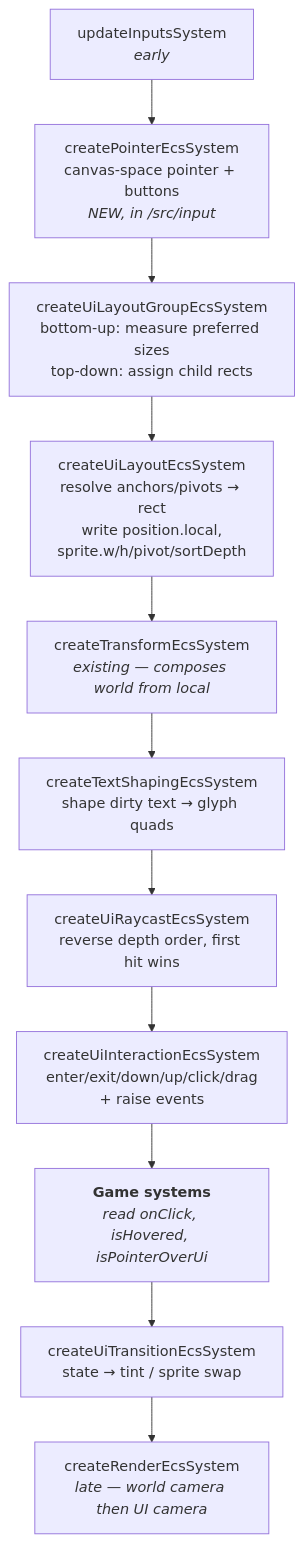
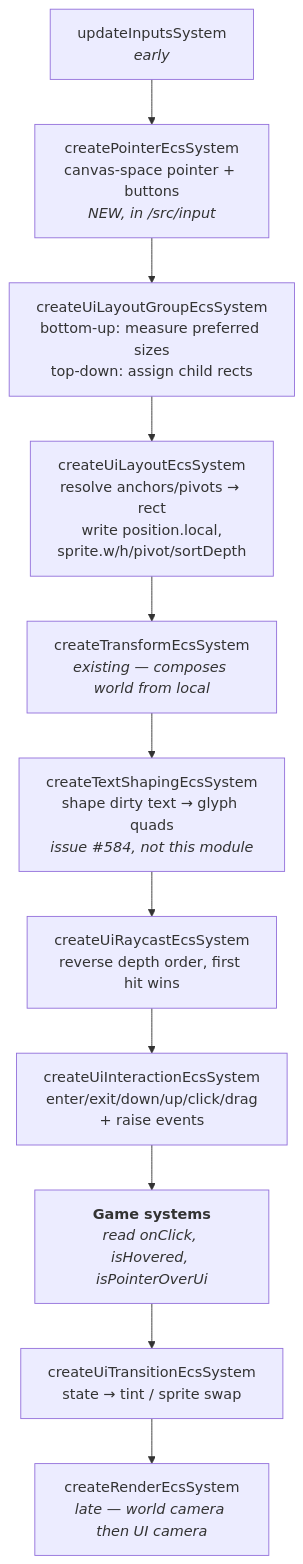
Before and after one commit to Forge-Game-Engine/Forge: the third of 6 diagrams in design/ui-system.md, drawn with Mermaid. The commit also changed other lines of this file, not shown here.

First line of the commit message:
docs(ui): move text rendering out of scope, tracked in #584

````diff
--- a/design/ui-system.md
+++ b/design/ui-system.md
@@ -316,16 +324,16 @@
 ```mermaid
 flowchart TD
     IN["updateInputsSystem<br/><i>early</i>"]
     PTR["createPointerEcsSystem<br/>canvas-space pointer + buttons<br/><i>NEW, in /src/input</i>"]
     LG["createUiLayoutGroupEcsSystem<br/>bottom-up: measure preferred sizes<br/>top-down: assign child rects"]
     UL["createUiLayoutEcsSystem<br/>resolve anchors/pivots → rect<br/>write position.local,<br/>sprite.w/h/pivot/sortDepth"]
     TS["createTransformEcsSystem<br/><i>existing — composes world from local</i>"]
-    TX["createTextShapingEcsSystem<br/>shape dirty text → glyph quads"]
+    TX["createTextShapingEcsSystem<br/>shape dirty text → glyph quads<br/><i>issue #584, not this module</i>"]
     RC["createUiRaycastEcsSystem<br/>reverse depth order, first hit wins"]
     UI2["createUiInteractionEcsSystem<br/>enter/exit/down/up/click/drag<br/>+ raise events"]
     W["<b>Game systems</b><br/><i>read onClick, isHovered, isPointerOverUi</i>"]
     TR["createUiTransitionEcsSystem<br/>state → tint / sprite swap"]
     RS["createRenderEcsSystem<br/><i>late — world camera then UI camera</i>"]
 
     IN --> PTR --> LG --> UL --> TS --> TX --> RC --> UI2 --> W --> TR --> RS
 ```
````
